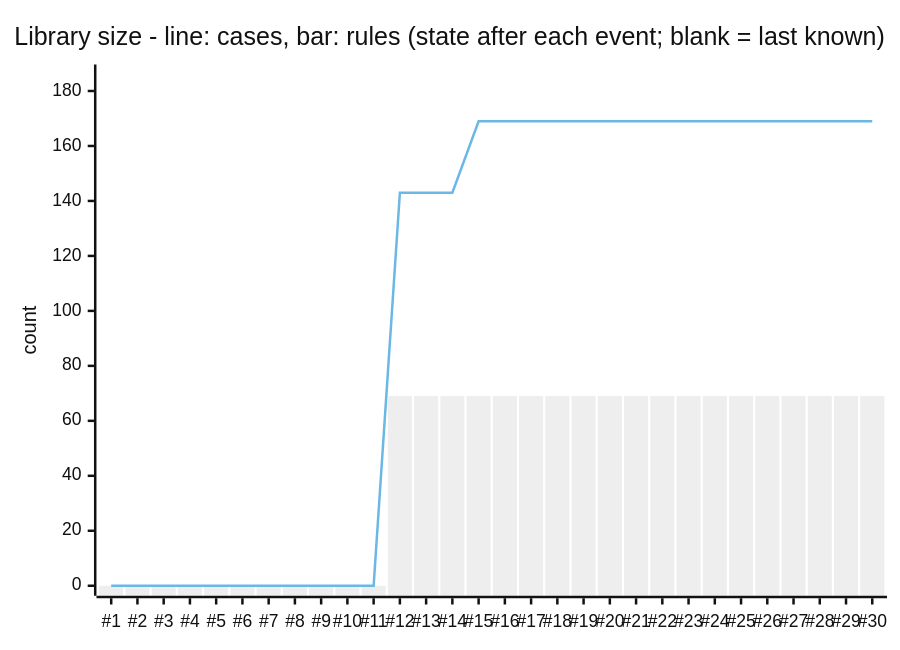
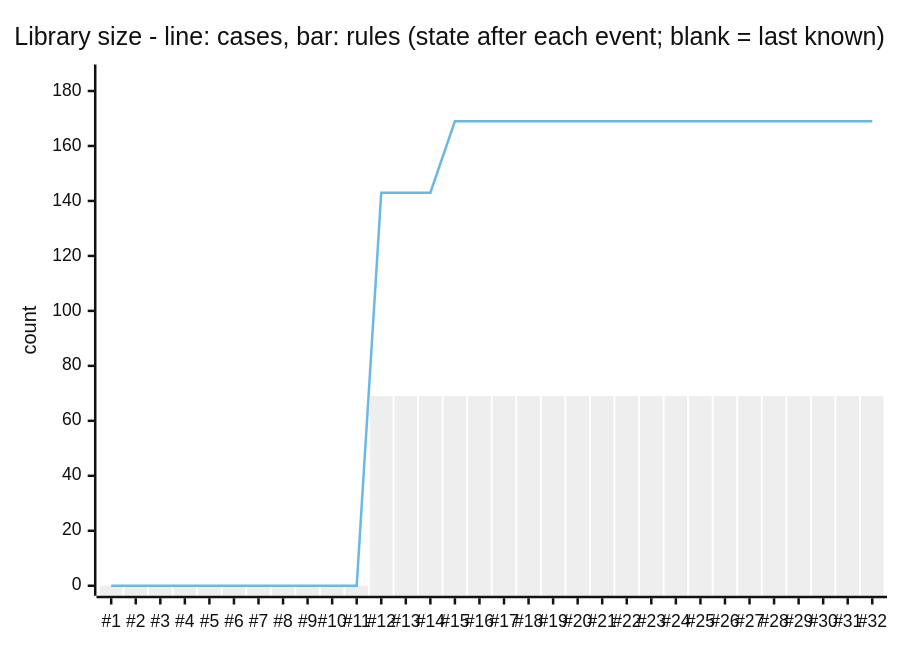
Before and after one commit to mahdighandi1989/Lifemanager: the fifth of 5 diagrams in apps/learning-architecture/docs/HANDBOOK.md, drawn with Mermaid (neutral theme). The commit also changed other lines of this file and 46 other files, not shown here.

````diff
--- a/apps/learning-architecture/docs/HANDBOOK.md
+++ b/apps/learning-architecture/docs/HANDBOOK.md
@@ -350,8 +369,8 @@
 ```mermaid
 xychart-beta
     title "Library size - line: cases, bar: rules (state after each event; blank = last known)"
-    x-axis ["#1", "#2", "#3", "#4", "#5", "#6", "#7", "#8", "#9", "#10", "#11", "#12", "#13", "#14", "#15", "#16", "#17", "#18", "#19", "#20", "#21", "#22", "#23", "#24", "#25", "#26", "#27", "#28", "#29", "#30"]
+    x-axis ["#1", "#2", "#3", "#4", "#5", "#6", "#7", "#8", "#9", "#10", "#11", "#12", "#13", "#14", "#15", "#16", "#17", "#18", "#19", "#20", "#21", "#22", "#23", "#24", "#25", "#26", "#27", "#28", "#29", "#30", "#31", "#32"]
     y-axis "count" 0 --> 186
-    bar [0, 0, 0, 0, 0, 0, 0, 0, 0, 0, 0, 69, 69, 69, 69, 69, 69, 69, 69, 69, 69, 69, 69, 69, 69, 69, 69, 69, 69, 69]
-    line [0, 0, 0, 0, 0, 0, 0, 0, 0, 0, 0, 143, 143, 143, 169, 169, 169, 169, 169, 169, 169, 169, 169, 169, 169, 169, 169, 169, 169, 169]
+    bar [0, 0, 0, 0, 0, 0, 0, 0, 0, 0, 0, 69, 69, 69, 69, 69, 69, 69, 69, 69, 69, 69, 69, 69, 69, 69, 69, 69, 69, 69, 69, 69]
+    line [0, 0, 0, 0, 0, 0, 0, 0, 0, 0, 0, 143, 143, 143, 169, 169, 169, 169, 169, 169, 169, 169, 169, 169, 169, 169, 169, 169, 169, 169, 169, 169]
 ```
````
